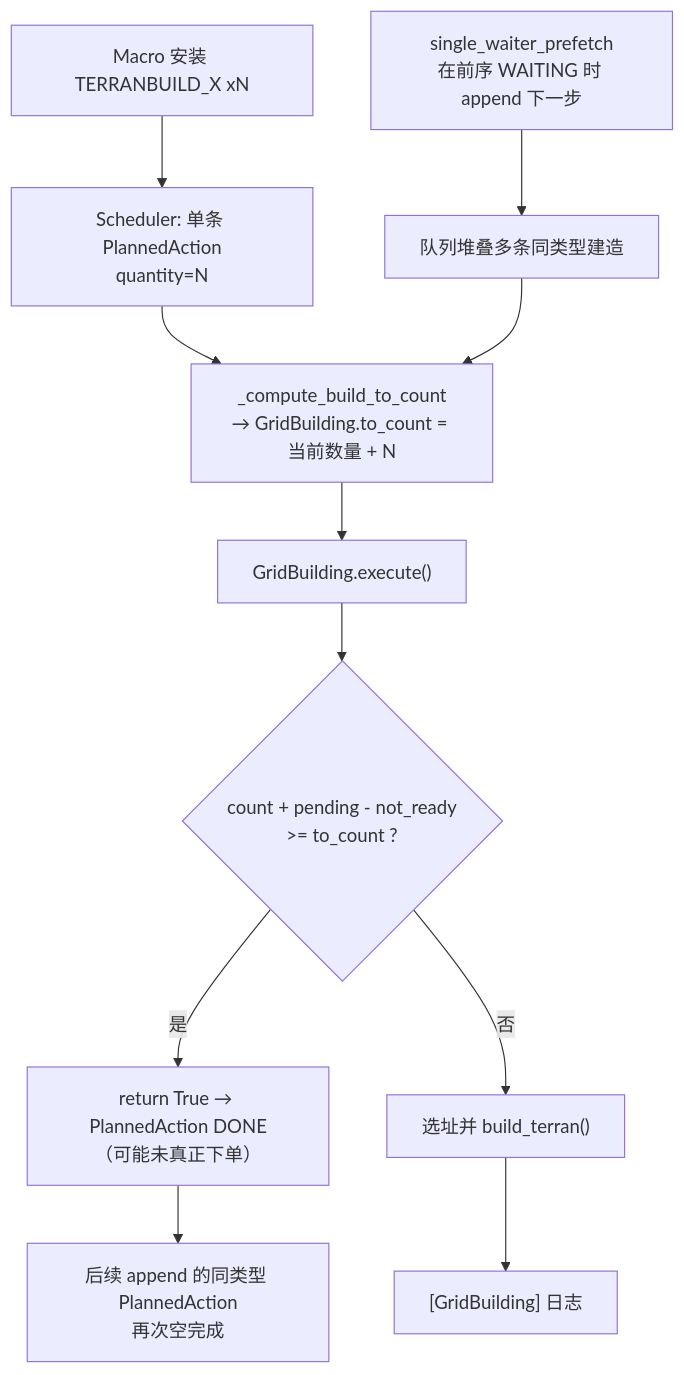
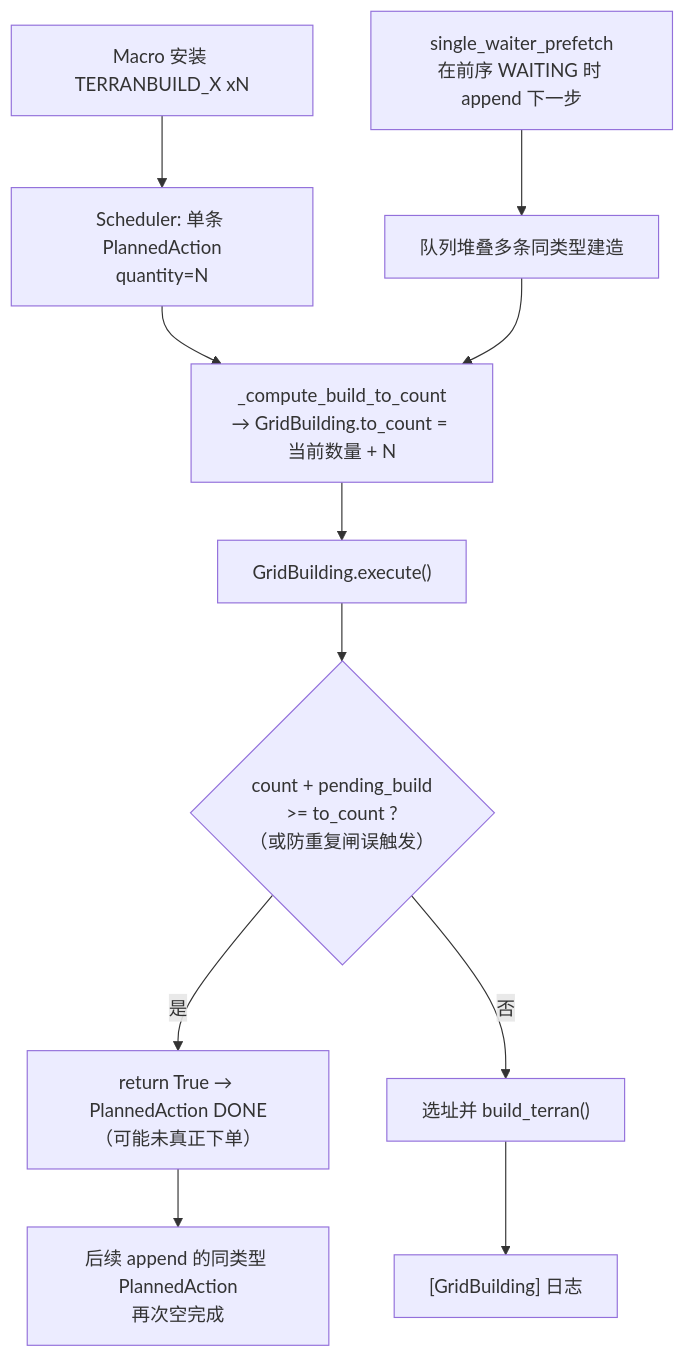
Before and after one commit to ysh020603/SC2_bot_data: the diagram in docs/同类建筑重复下单与提前完成问题分析.md, drawn with Mermaid. The commit also changed other lines of this file and 1 other file, not shown here.

````diff
--- a/docs/同类建筑重复下单与提前完成问题分析.md
+++ b/docs/同类建筑重复下单与提前完成问题分析.md
@@ -88,13 +89,13 @@
 ```mermaid
 flowchart TD
     A["Macro 安装 TERRANBUILD_X xN"] --> B["Scheduler: 单条 PlannedAction\nquantity=N"]
     B --> C["_compute_build_to_count\n→ GridBuilding.to_count = 当前数量 + N"]
     C --> D["GridBuilding.execute()"]
-    D --> E{"count + pending - not_ready\n>= to_count ?"}
+    D --> E{"count + pending_build\n>= to_count ?\n（或防重复闸误触发）"}
     E -->|是| F["return True → PlannedAction DONE\n（可能未真正下单）"]
     E -->|否| G["选址并 build_terran()"]
     G --> H["[GridBuilding] 日志"]
     F --> I["后续 append 的同类型 PlannedAction\n再次空完成"]
     P["single_waiter_prefetch\n在前序 WAITING 时 append 下一步"] --> J["队列堆叠多条同类型建造"]
     J --> C
 ```
````
